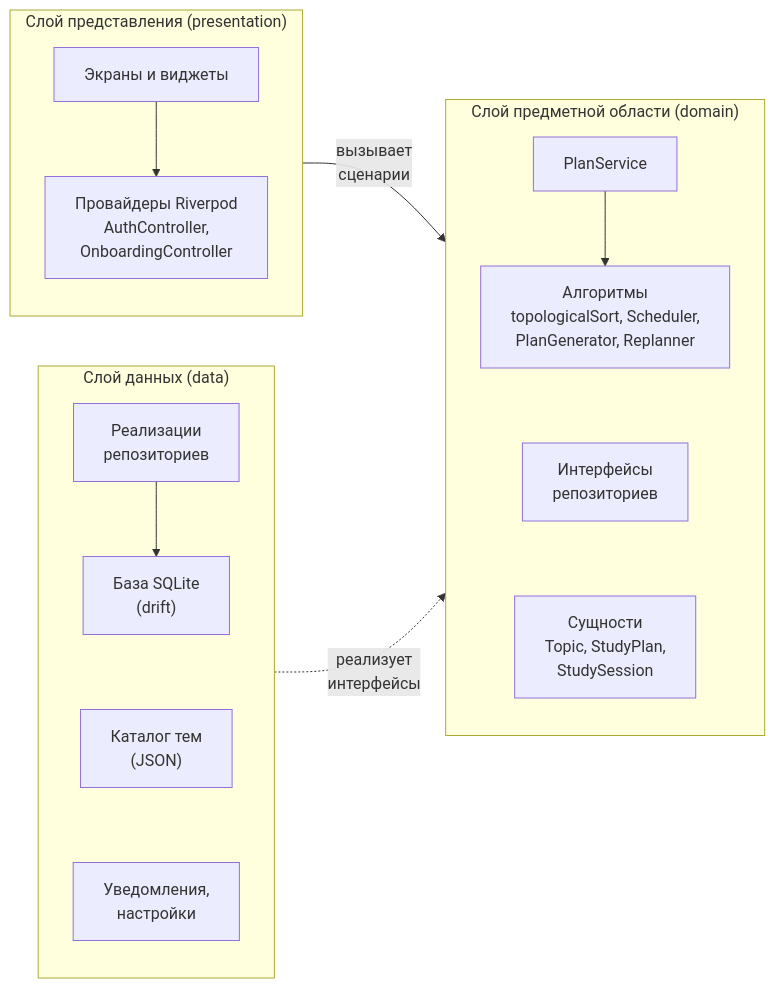
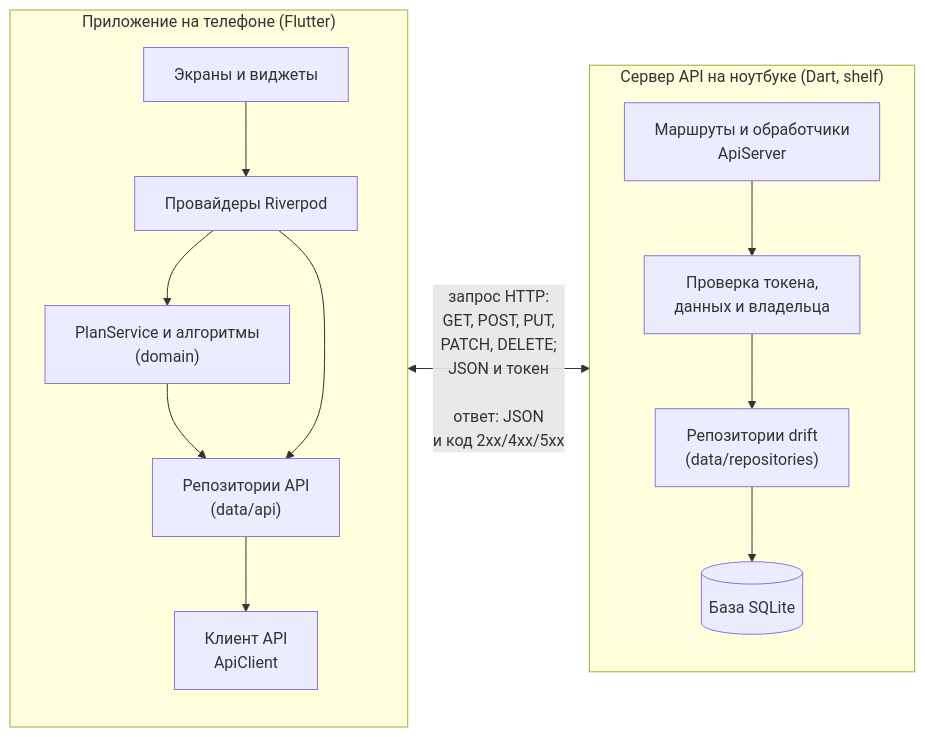
The first of 4 diagrams in docs/coursework/04_chapter2_practice.md (Barin5550/3_KURS_DIPLOMKA_BOBR_S), drawn with Mermaid before and after one commit. The commit also changed other lines of this file and 16 other files, not shown here.

First line of the commit message:
Курсовая: клиент-серверная архитектура, сервер API, тестирование, приложения К и Л

````diff
--- a/docs/coursework/04_chapter2_practice.md
+++ b/docs/coursework/04_chapter2_practice.md
@@ -42,21 +44,18 @@
 ```mermaid
 flowchart LR
-    subgraph P["Слой представления (presentation)"]
+    subgraph APP["Приложение на телефоне (Flutter)"]
         direction TB
-        S["Экраны и виджеты"] --> C["Провайдеры Riverpod<br/>AuthController,<br/>OnboardingController"]
+        S["Экраны и виджеты"] --> C["Провайдеры Riverpod"]
+        C --> U["PlanService и алгоритмы<br/>(domain)"]
+        U --> R["Репозитории API<br/>(data/api)"]
+        C --> R
+        R --> K["Клиент API<br/>ApiClient"]
     end
-    subgraph D["Слой предметной области (domain)"]
+    subgraph SRV["Сервер API на ноутбуке (Dart, shelf)"]
         direction TB
-        U["PlanService"] --> A["Алгоритмы<br/>topologicalSort, Scheduler,<br/>PlanGenerator, Replanner"]
-        A ~~~ R["Интерфейсы<br/>репозиториев"]
-        R ~~~ E["Сущности<br/>Topic, StudyPlan,<br/>StudySession"]
+        M["Маршруты и обработчики<br/>ApiServer"] --> V["Проверка токена,<br/>данных и владельца"]
+        V --> RD["Репозитории drift<br/>(data/repositories)"]
+        RD --> DB[("База SQLite")]
     end
-    subgraph DA["Слой данных (data)"]
-        direction TB
-        RI["Реализации<br/>репозиториев"] --> DB["База SQLite<br/>(drift)"]
-        DB ~~~ J["Каталог тем<br/>(JSON)"]
-        J ~~~ N["Уведомления,<br/>настройки"]
-    end
-    P -- "вызывает<br/>сценарии" --> D
-    DA -. "реализует<br/>интерфейсы" .-> D
+    APP <-- "запрос HTTP:<br/>GET, POST, PUT,<br/>PATCH, DELETE;<br/>JSON и токен<br/><br/>ответ: JSON<br/>и код 2xx/4xx/5xx" --> SRV
 ```
````
